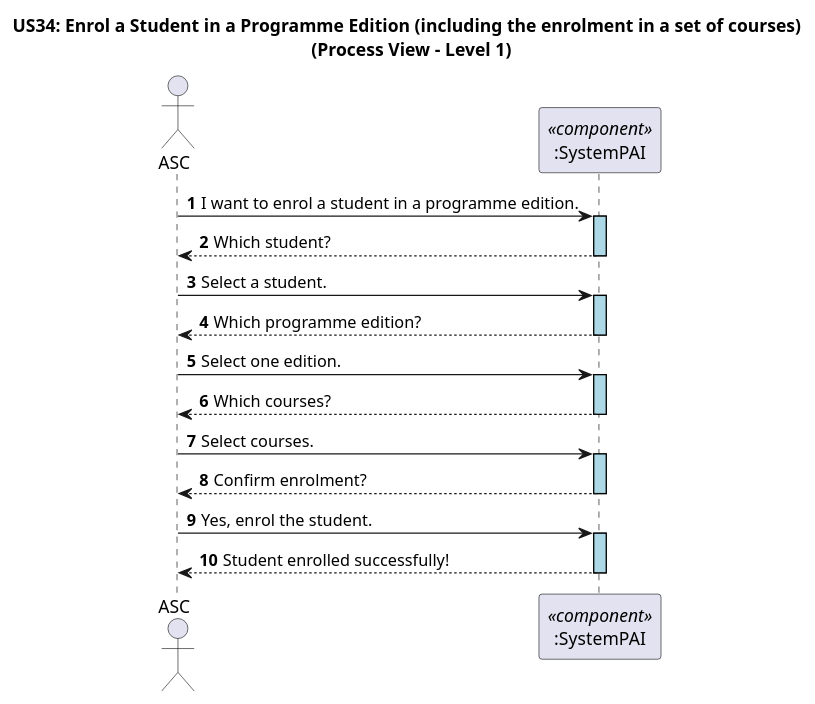
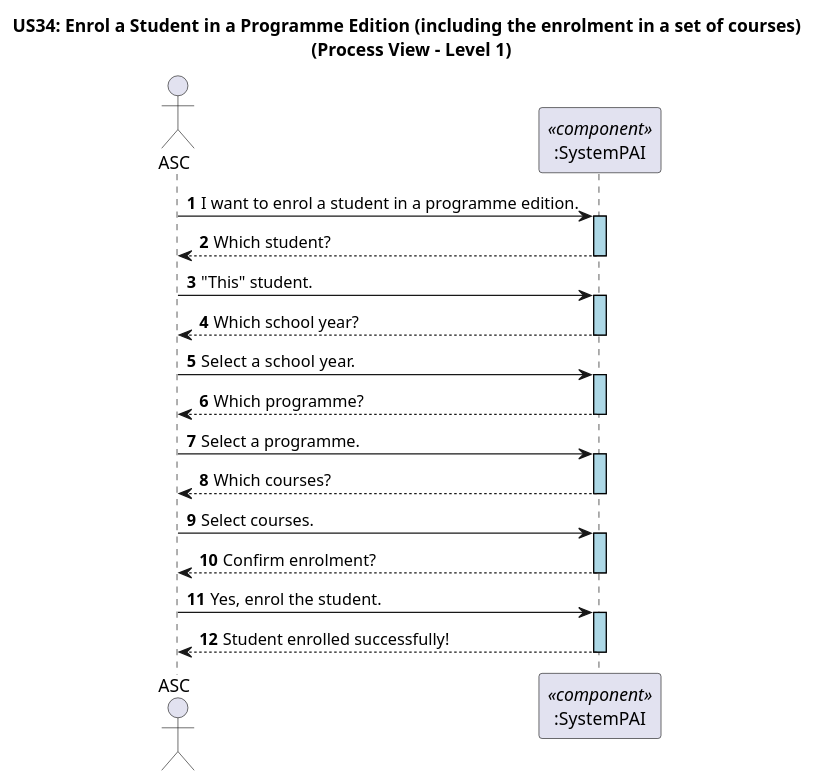
The diagram in docs/US34/Sprint7/ProcessView/Level1.puml (GasparISEP/DevOps-PAI), drawn with PlantUML before and after one commit.

Commit message:
"updated US34 Process View Level 1 (#646)"

```diff
--- a/docs/US34/Sprint7/ProcessView/Level1.puml
+++ b/docs/US34/Sprint7/ProcessView/Level1.puml
@@ -1,33 +1,36 @@
 @startuml
 
 ' US34 - Enrol a Student in a Programme Edition (including the enrolment in a set of courses)
 ' Process View - Level 1 (C4 Level 1 Style)
 
 autonumber
 
 skinparam sequence {
    LifelineBorderColor black
    LifelineBackgroundColor LightBlue
 }
 
 title US34: Enrol a Student in a Programme Edition (including the enrolment in a set of courses) \n (Process View - Level 1)
 
 actor ASC
 participant ":SystemPAI" as System <<component>>
 
 ASC -> System ++: I want to enrol a student in a programme edition.
-System --> ASC --: Which student?
+System --> ASC--: Which student?
+ASC -> System++: "This" student.
 
-ASC -> System ++: Select a student.
-System --> ASC --: Which programme edition?
-ASC -> System ++: Select one edition.
+System --> ASC --: Which school year?
+
+ASC -> System ++: Select a school year.
+System --> ASC --: Which programme?
+ASC -> System ++: Select a programme.
 
 System --> ASC--: Which courses?
 ASC -> System++: Select courses.
 
 System --> ASC--: Confirm enrolment?
 ASC -> System ++: Yes, enrol the student.
 
 System --> ASC --: Student enrolled successfully!
 
 @enduml
```
